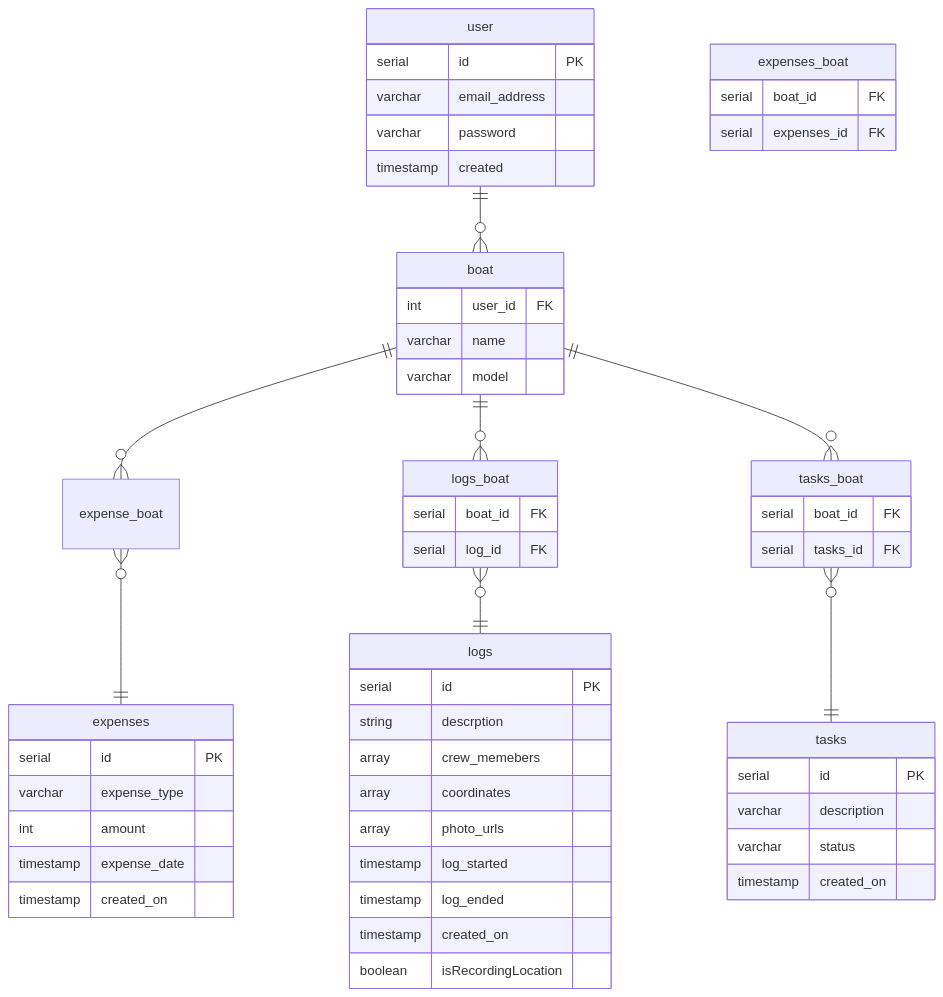
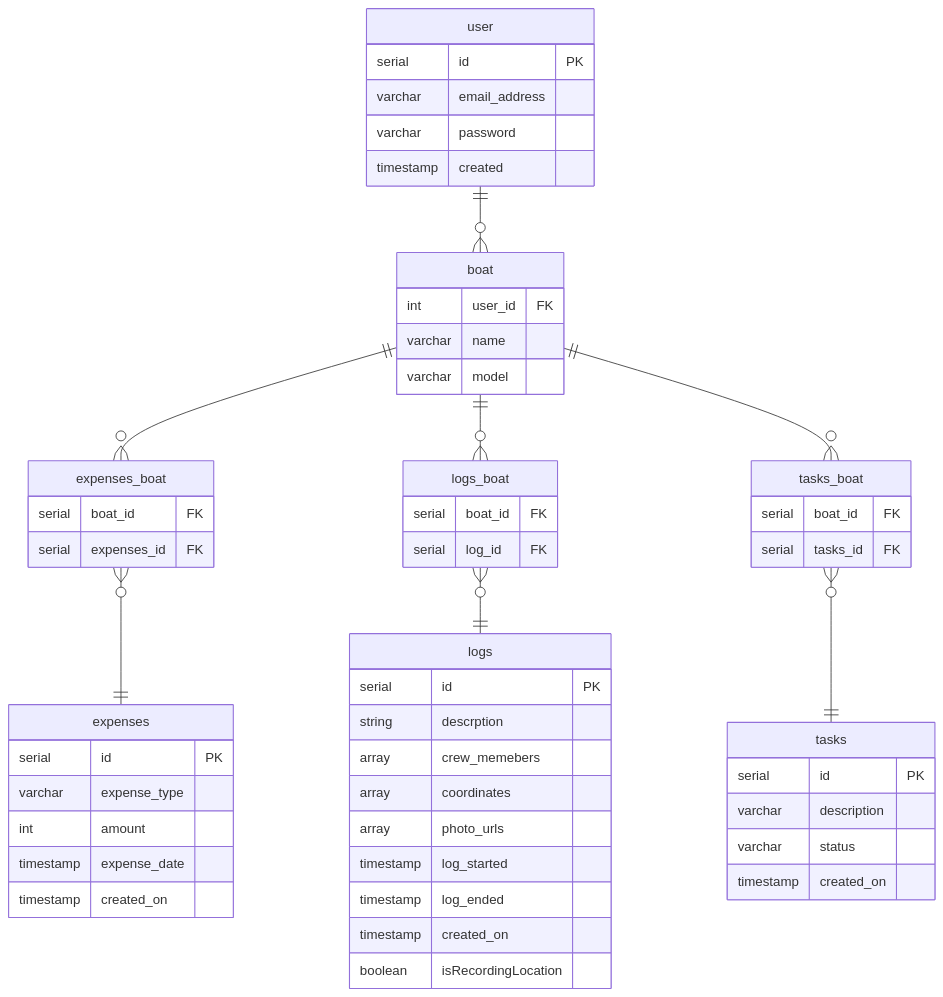
The second of 2 diagrams in README.md (conorwaltersUno/BoatOwner), drawn with Mermaid before and after one commit.

Commit message:
ERD updates #4

````diff
--- a/README.md
+++ b/README.md
@@ -32,60 +32,60 @@
 ```mermaid
 erDiagram
     user ||--o{ boat : ""
-    boat ||--o{ expense_boat : ""
+    boat ||--o{ expenses_boat : ""
     boat ||--o{ logs_boat : ""
     boat ||--o{ tasks_boat : ""
     logs_boat }o--|| logs : ""
     tasks_boat }o--|| tasks : ""
-    expense_boat }o--|| expenses : ""
+    expenses_boat }o--|| expenses : ""
 
 
  user {
     serial id PK
     varchar email_address
     varchar password
     timestamp created
 }
  boat {
     int user_id FK
     varchar name
     varchar model
 }
 logs_boat {
     serial boat_id FK
     serial log_id FK
 }
 logs {
     serial id PK
     string descrption
     array crew_memebers
     array coordinates
     array photo_urls
     timestamp log_started
     timestamp log_ended
     timestamp created_on
     boolean isRecordingLocation
 }
 tasks_boat {
     serial boat_id FK
     serial tasks_id FK
 }
 tasks {
     serial id PK
     varchar description
     varchar status
     timestamp created_on
 }
 expenses_boat {
     serial boat_id FK
     serial expenses_id FK
 }
 expenses {
     serial id PK
     varchar expense_type
     int amount
     timestamp expense_date
     timestamp created_on
 }
 
 ```
````
